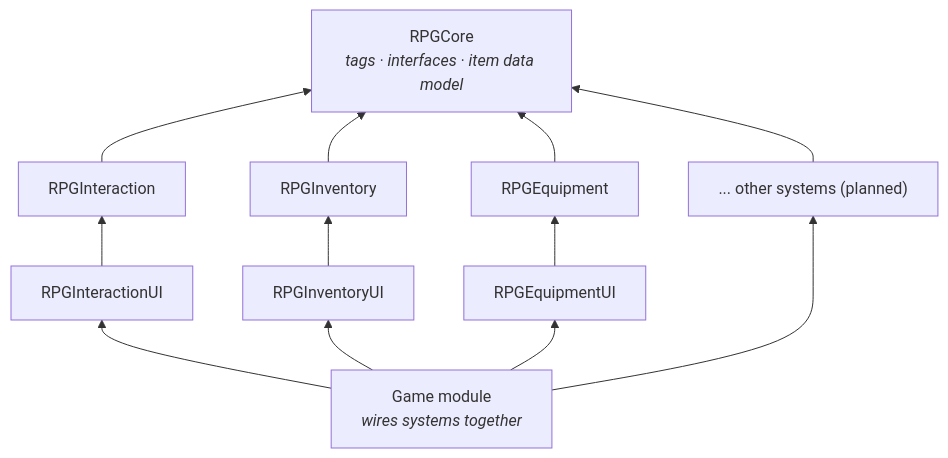
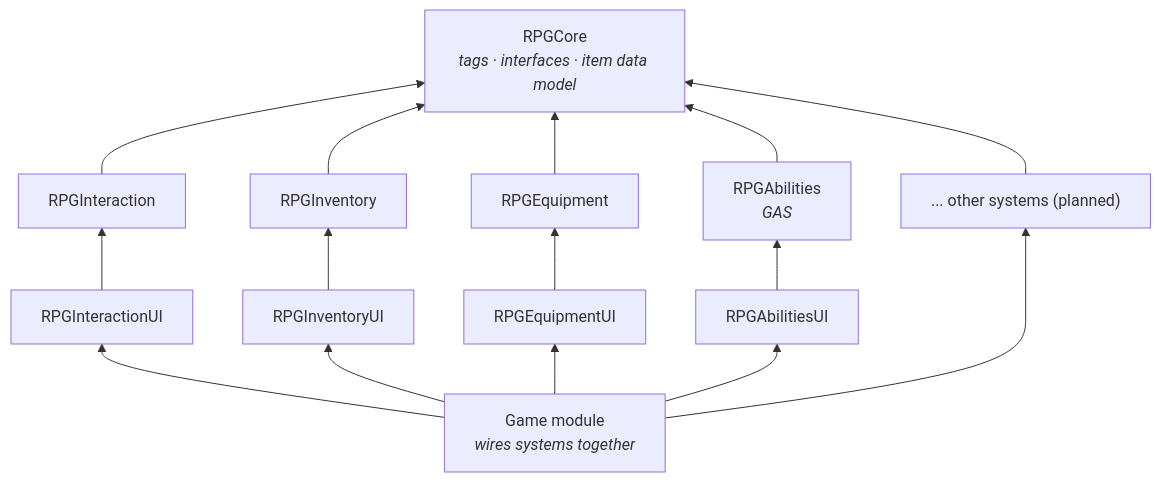
The first of 2 diagrams in README.md (eren-pekdemir/RPGTemplate), drawn with Mermaid before and after one commit. The commit also changed other lines of this file and 2 other files, not shown here.

Commit message:
Abilities: docs (Abilities.md), README and Equipment doc updates

````diff
--- a/README.md
+++ b/README.md
@@ -34,24 +34,29 @@
 ```mermaid
 graph BT
     Core["RPGCore<br/><i>tags · interfaces · item data model</i>"]
     Interaction["RPGInteraction"]
     InteractionUI["RPGInteractionUI"]
     Inventory["RPGInventory"]
     InventoryUI["RPGInventoryUI"]
     Equipment["RPGEquipment"]
     EquipmentUI["RPGEquipmentUI"]
+    Abilities["RPGAbilities<br/><i>GAS</i>"]
+    AbilitiesUI["RPGAbilitiesUI"]
     Other["... other systems (planned)"]
     Game["Game module<br/><i>wires systems together</i>"]
 
     Interaction --> Core
     InteractionUI --> Interaction
     Inventory --> Core
     InventoryUI --> Inventory
     Equipment --> Core
     EquipmentUI --> Equipment
+    Abilities --> Core
+    AbilitiesUI --> Abilities
     Other --> Core
     Game --> InteractionUI
     Game --> InventoryUI
     Game --> EquipmentUI
+    Game --> AbilitiesUI
     Game --> Other
 ```
````
